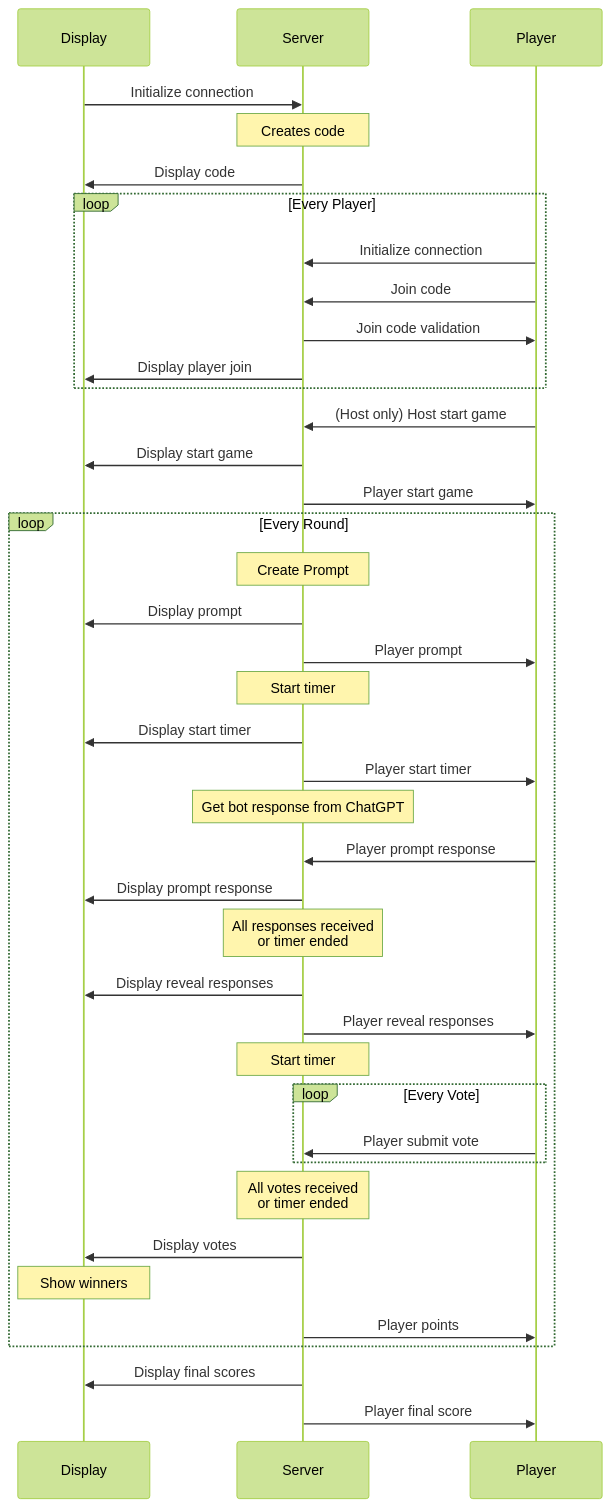
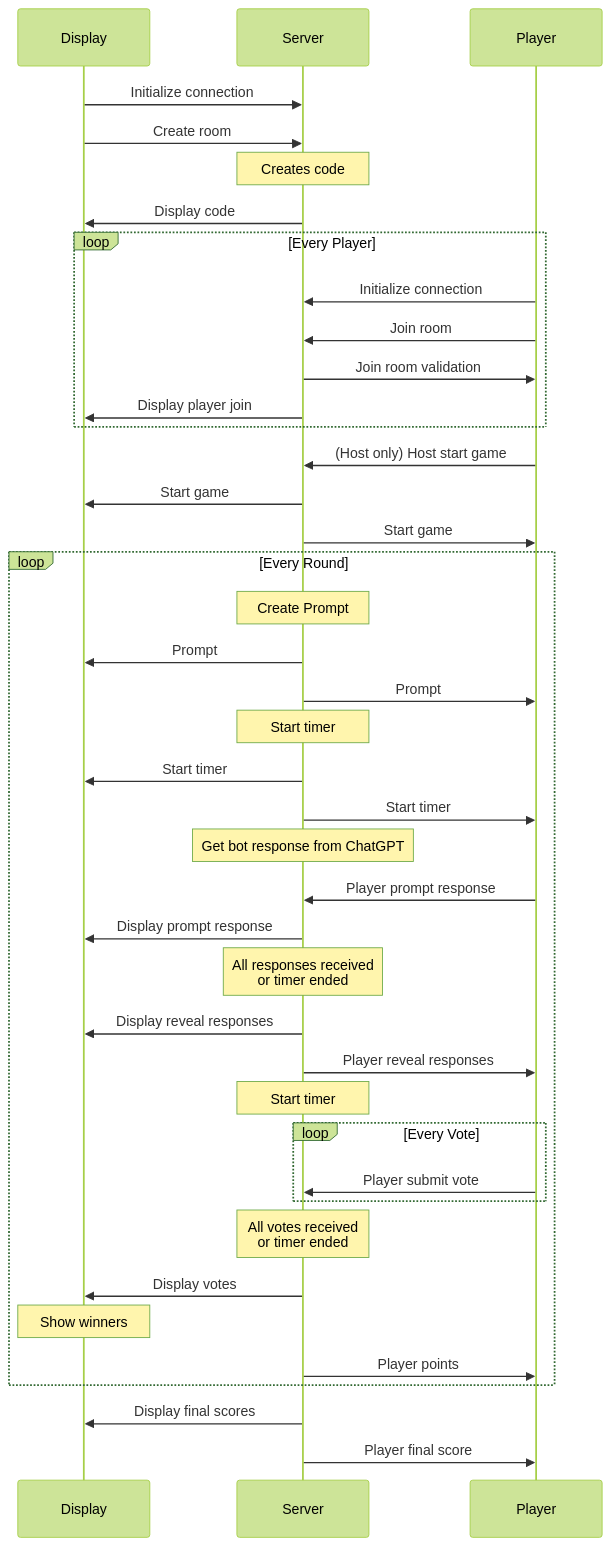
One commit to ArKade523/botornot-copy changed the diagram in README.md. Above: the diagram before and after it, drawn with Mermaid (forest theme). The commit also changed other lines of this file, not shown here.

````diff
--- a/README.md
+++ b/README.md
@@ -3,43 +3,44 @@
 ```mermaid
 sequenceDiagram
     participant Display
     participant Server
     participant Player
     
     Display ->> Server: Initialize connection
+    Display ->> Server: Create room
     Note over Server: Creates code
     Server ->> Display: Display code
     loop Every Player
         Player ->> Server: Initialize connection
-        Player ->> Server: Join code
-        Server ->> Player: Join code validation
+        Player ->> Server: Join room
+        Server ->> Player: Join room validation
         Server ->> Display: Display player join
     end
     Player ->> Server: (Host only) Host start game
-    Server ->> Display: Display start game
-    Server ->> Player: Player start game
+    Server ->> Display: Start game
+    Server ->> Player: Start game
     loop Every Round
         Note over Server : Create Prompt
-        Server ->> Display: Display prompt
-        Server ->> Player: Player prompt
+        Server ->> Display: Prompt
+        Server ->> Player: Prompt
         Note over Server: Start timer
-        Server ->> Display: Display start timer
-        Server ->> Player: Player start timer
+        Server ->> Display: Start timer
+        Server ->> Player: Start timer
         Note over Server: Get bot response from ChatGPT
         Player ->> Server: Player prompt response
         Server ->> Display: Display prompt response
         Note over Server: All responses received<br />or timer ended
         Server ->> Display: Display reveal responses
         Server ->> Player: Player reveal responses
         Note over Server: Start timer
         loop Every Vote
             Player ->> Server: Player submit vote
         end
         Note over Server: All votes received<br />or timer ended
         Server ->> Display: Display votes
         Note over Display: Show winners
         Server ->> Player: Player points
     end
     Server ->> Display: Display final scores
     Server ->> Player: Player final score
 ```
````
